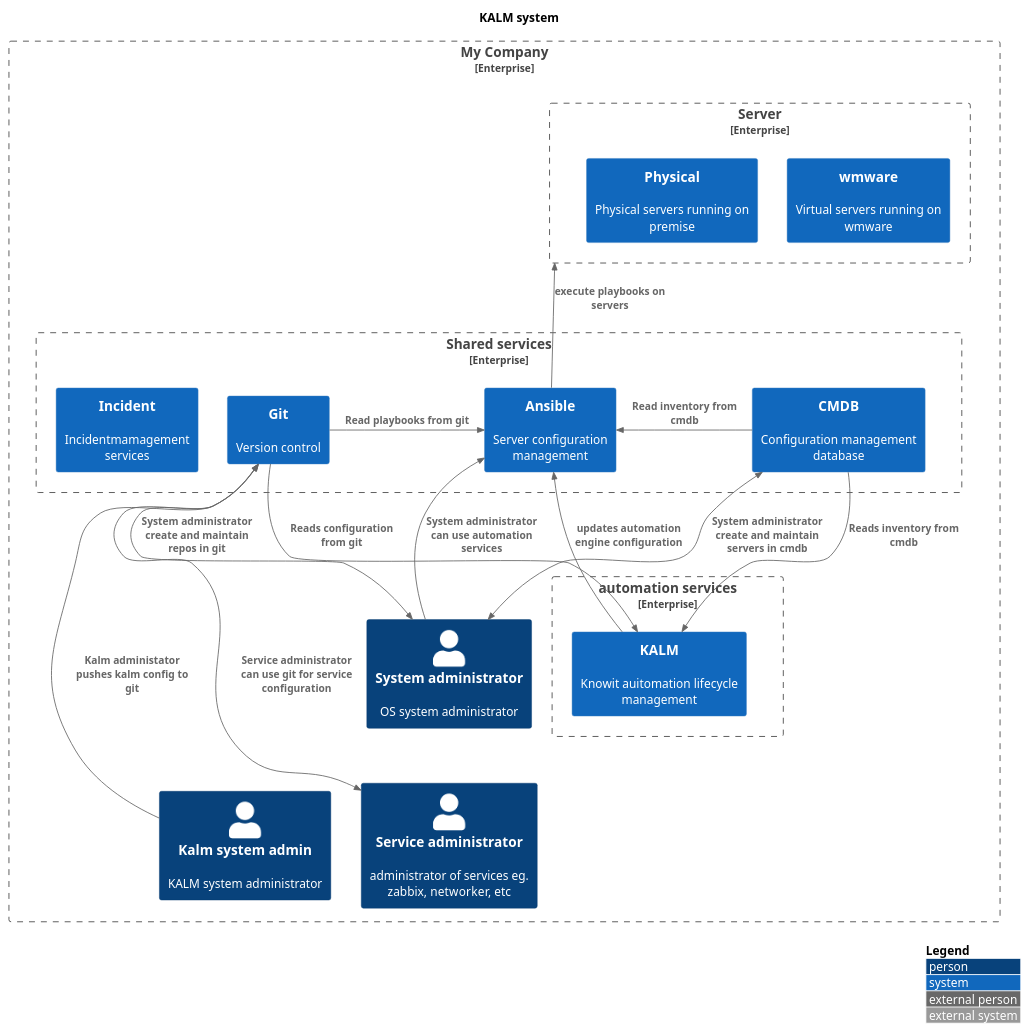
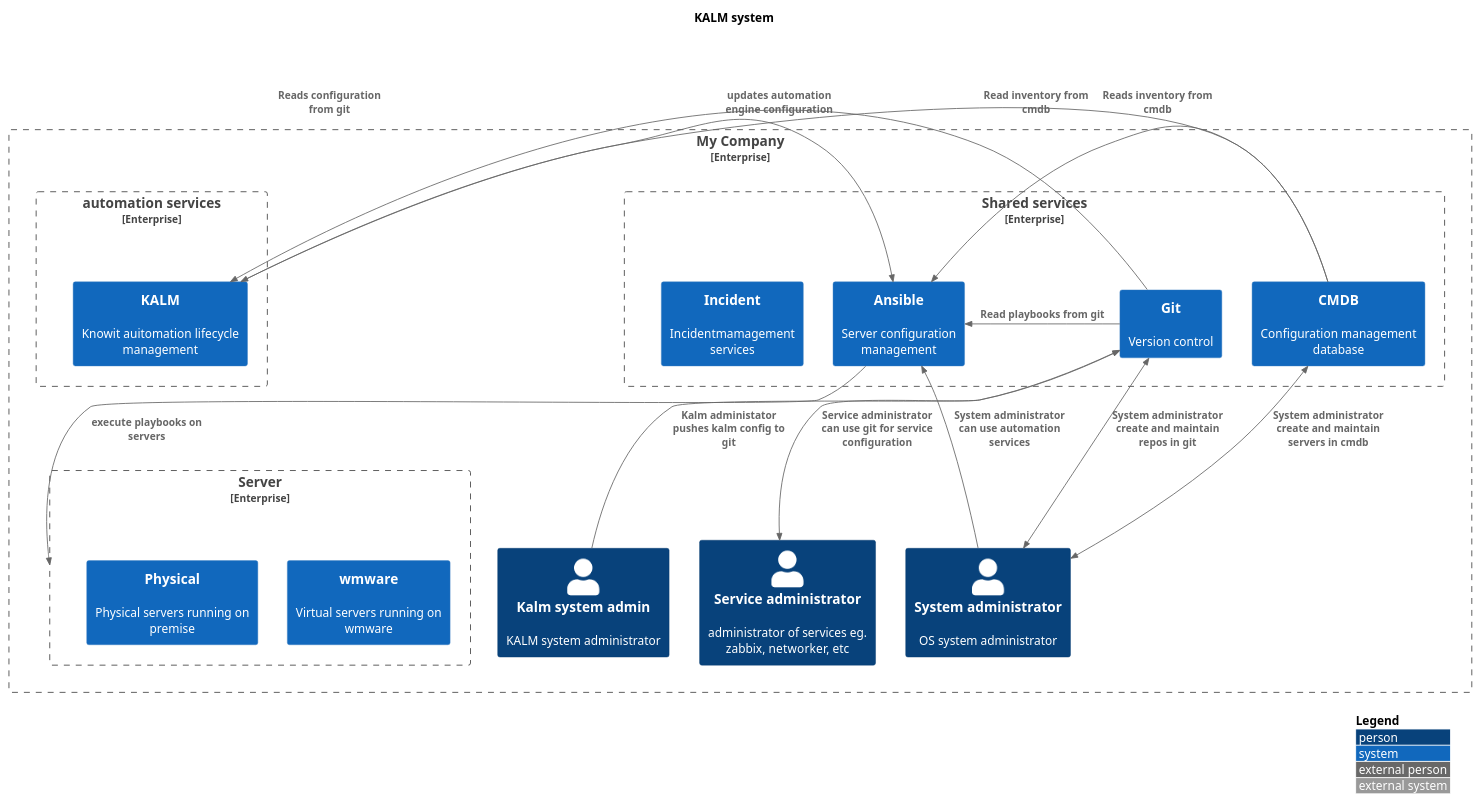
Before and after one commit to JakobHolstDK/infowall: the diagram in diagrams/kalm.puml, drawn with PlantUML.

Commit message:
no write

```diff
--- a/diagrams/kalm.puml
+++ b/diagrams/kalm.puml
@@ -1,71 +1,71 @@
 @startuml
 !include https://raw.githubusercontent.com/plantuml-stdlib/C4-PlantUML/master/C4_Context.puml
 
 ' uncomment the following line and comment the first to use locally
 ' !include C4_Context.puml
 
 LAYOUT_TOP_DOWN()
 'LAYOUT_AS_SKETCH()
 LAYOUT_WITH_LEGEND()
 
 
 title   KALM system
 
 
 Enterprise_Boundary(c0, "My Company", "My awesome organisation") {
 
 Person(kalmadmin, "Kalm system admin", "KALM system administrator")
 Person(systemadmin, "System administrator", "OS system administrator")
 Person(serviceadmin, "Service administrator", "administrator of services eg. zabbix, networker, etc")
 Enterprise_Boundary(c2, "Server ", "Virtuelle servere") {
     System(vmware, "wmware", "Virtual servers running on wmware")
     System(physicalservers, "Physical", "Physical servers running on premise")
 }
 
 Enterprise_Boundary(c3, "Shared services", "Shared services in the organisation") {
     System(cmdb, "CMDB", "Configuration management database")
     System(automation, "Ansible", "Server configuration management")
     System(git, "Git", "Version control")
     System(incident, "Incident", "Incidentmamagement services")
 }
 
 Enterprise_Boundary(c1, "automation services", "Automation services") {
     System(kalm, "KALM", "Knowit auitomation lifecycle management")
 }
 
 
 }
 
 Lay_L(serviceadmin, systemadmin)
 Lay_R(serviceadmin, kalmadmin)
 Lay_U(c1, c3)
-Lay_U(c1, c2)
+Lay_D(c1, c2)
 Lay_U(systemadmin, c1)
 Lay_U(kalmadmin, c1)
 Lay_U(serviceadmin, c1)
 
 
 
 
 Rel_Neighbor(git, automation, "Read playbooks from git")
 Rel_Neighbor(cmdb, automation, "Read inventory from cmdb")
 Rel_U(automation, c2 , "execute playbooks on servers")
 
 
 Rel_U(kalmadmin, git, "Kalm administator pushes kalm config to git")
 
 Rel_U(systemadmin, automation, "System administrator can use automation services")
 BiRel_R(systemadmin, git, "System administrator create and maintain repos in git")
 BiRel_L(systemadmin, cmdb, "System administrator create and maintain servers in cmdb")
 BiRel_D(serviceadmin, git, "Service administrator can use git for service configuration")
 
 
 
 
 
 Rel_D(cmdb, kalm, "Reads inventory from cmdb")
 Rel_D(git, kalm, "Reads configuration from git")
 Rel_L(kalm, automation, "updates automation engine configuration")
 
 
 @enduml
```
